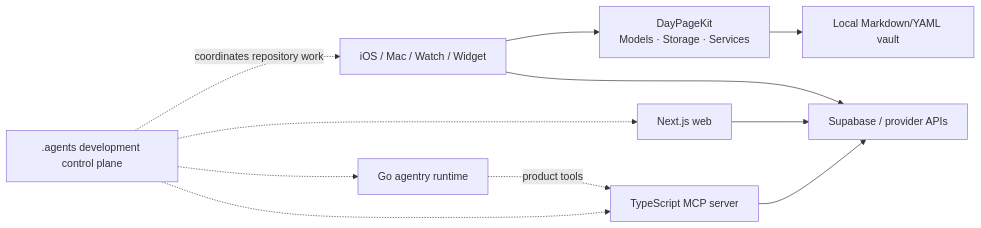
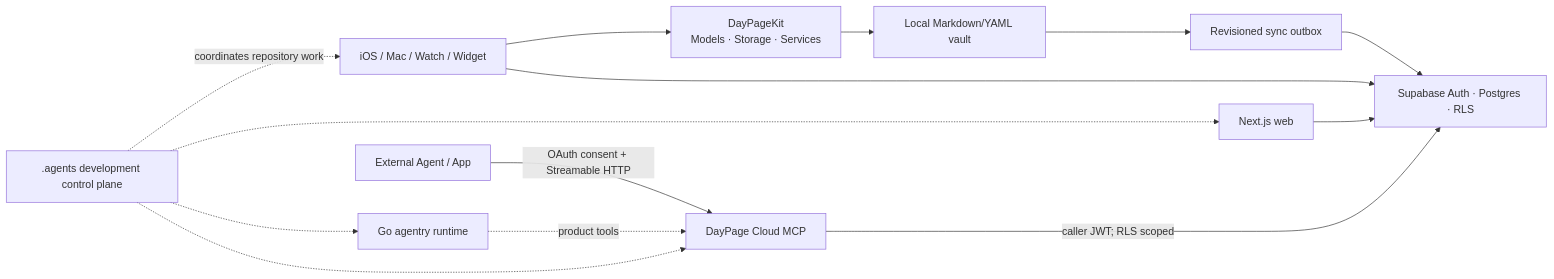
One commit to cubxxw/daypage changed the diagram in docs/architecture/overview.md. Above: the diagram before and after it, drawn with Mermaid. The commit also changed other lines of this file and 60 other files, not shown here.

Commit message:
feat: complete local-first sync and cloud MCP

````diff
--- a/docs/architecture/overview.md
+++ b/docs/architecture/overview.md
@@ -6,13 +6,16 @@
 ```mermaid
 flowchart LR
   Apple["iOS / Mac / Watch / Widget"] --> Kit["DayPageKit\nModels · Storage · Services"]
   Kit --> Vault["Local Markdown/YAML vault"]
-  Apple --> Remote["Supabase / provider APIs"]
+  Vault --> Outbox["Revisioned sync outbox"]
+  Outbox --> Remote["Supabase Auth · Postgres · RLS"]
+  Apple --> Remote
   Web["Next.js web"] --> Remote
-  MCP["TypeScript MCP server"] --> Remote
+  Agent["External Agent / App"] -->|"OAuth consent + Streamable HTTP"| MCP["DayPage Cloud MCP"]
+  MCP -->|"caller JWT; RLS scoped"| Remote
   Agentry["Go agentry runtime"] -. product tools .-> MCP
   Control[".agents development control plane"] -. coordinates repository work .-> Apple
   Control -.-> Web
   Control -.-> MCP
   Control -.-> Agentry
 ```
````
